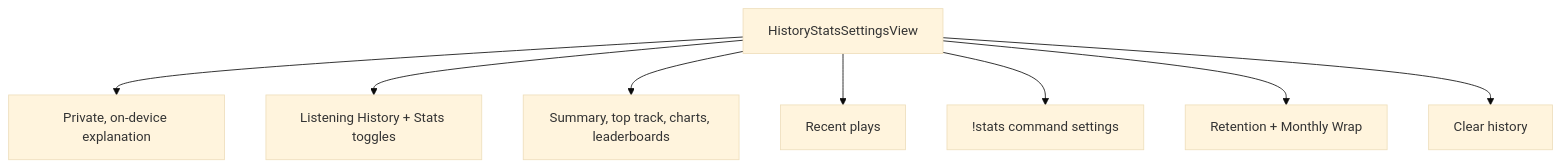
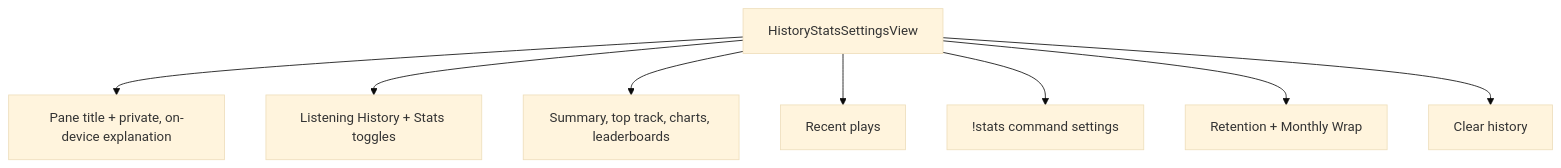
One commit to MrDemonWolf/wolfwave changed the diagram in design-system/components/history-stats-settings-view.md. Above: the diagram before and after it, drawn with Mermaid (base theme). The commit also changed other lines of this file and 83 other files, not shown here.

````diff
--- a/design-system/components/history-stats-settings-view.md
+++ b/design-system/components/history-stats-settings-view.md
@@ -34,10 +34,10 @@
 ```mermaid
 flowchart TD
-  Pane[HistoryStatsSettingsView] --> Intro[Private, on-device explanation]
+  Pane[HistoryStatsSettingsView] --> Intro[Pane title + private, on-device explanation]
   Pane --> Toggles[Listening History + Stats toggles]
   Pane --> Dashboard[Summary, top track, charts, leaderboards]
   Pane --> Recent[Recent plays]
   Pane --> Command[!stats command settings]
   Pane --> Manage[Retention + Monthly Wrap]
   Pane --> Danger[Clear history]
 ```
````
